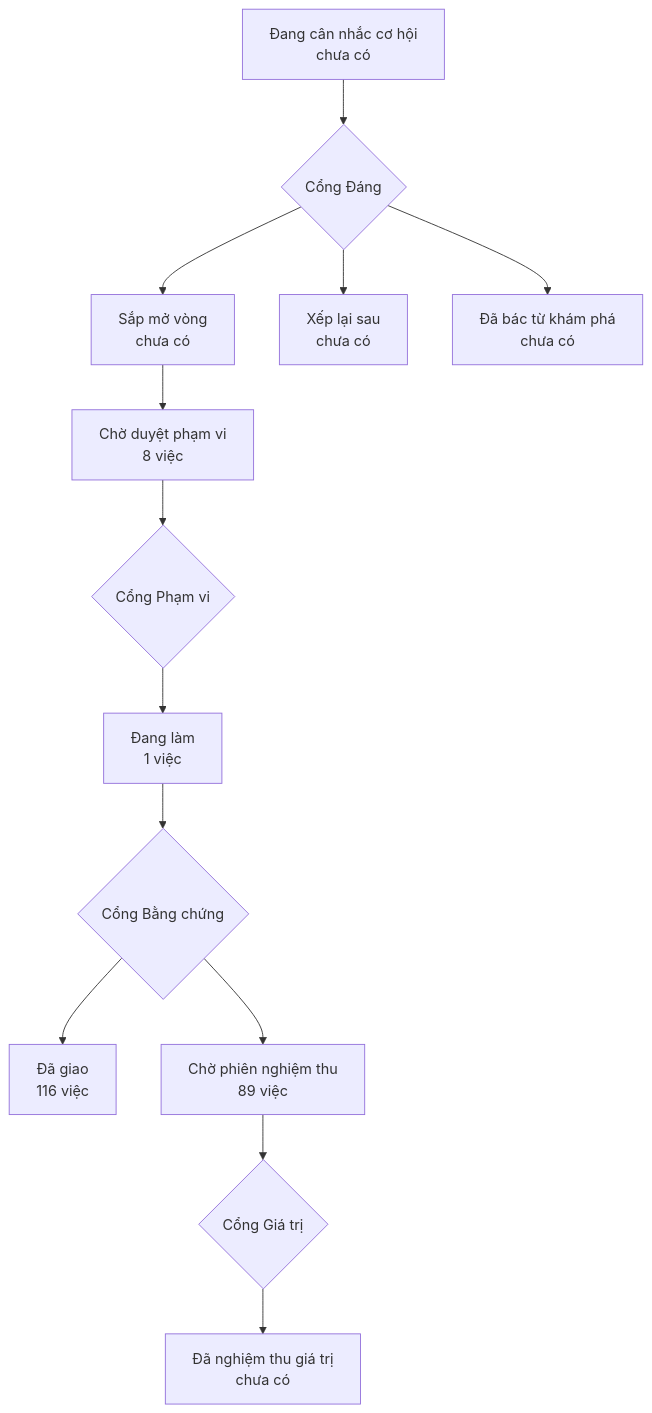
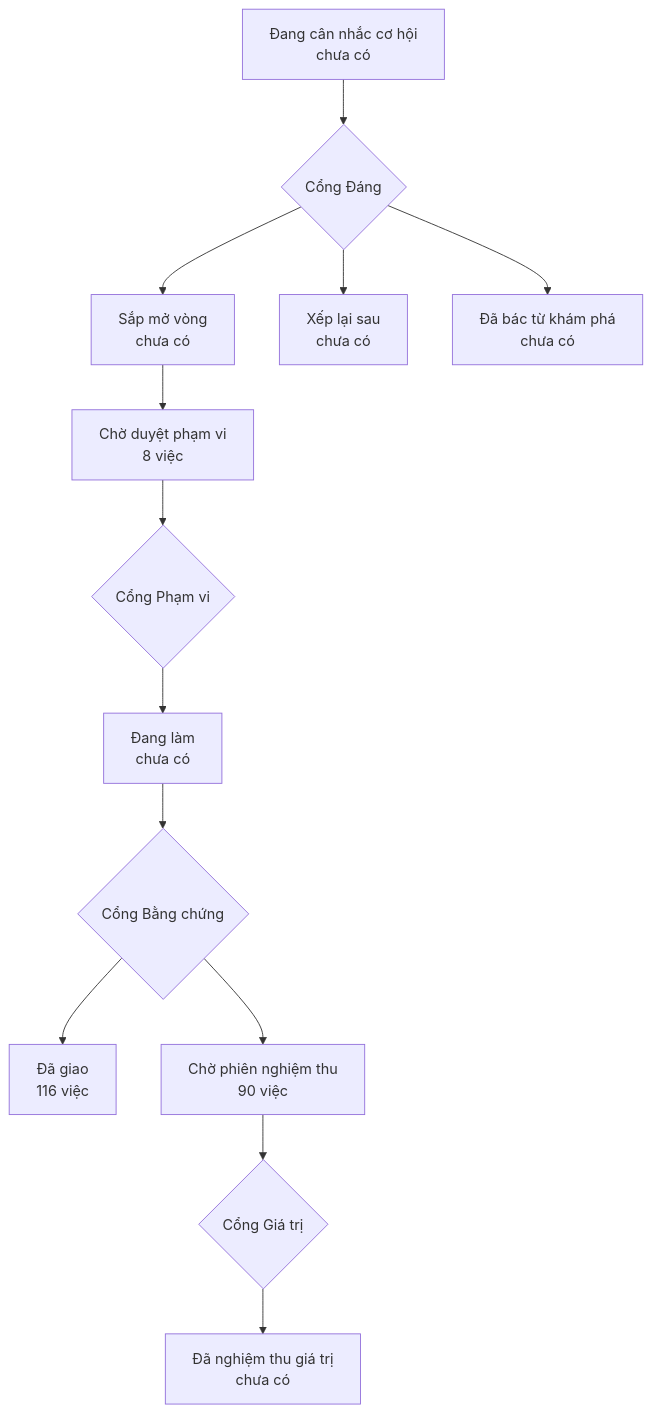
The diagram in PRODUCT-MAP.md (phanlemanh/onehub-invest), drawn with Mermaid before and after one commit. The commit also changed other lines of this file and 4 other files, not shown here.

````diff
--- a/PRODUCT-MAP.md
+++ b/PRODUCT-MAP.md
@@ -7,12 +7,12 @@
 ```mermaid
 flowchart TD
   A["Đang cân nhắc cơ hội<br/>chưa có"] --> GD{"Cổng Đáng"}
   GD --> B["Sắp mở vòng<br/>chưa có"]
   GD --> XL["Xếp lại sau<br/>chưa có"]
   GD --> DB["Đã bác từ khám phá<br/>chưa có"]
   B --> CD["Chờ duyệt phạm vi<br/>8 việc"] --> GP{"Cổng Phạm vi"}
-  GP --> DL["Đang làm<br/>1 việc"] --> GB{"Cổng Bằng chứng"}
+  GP --> DL["Đang làm<br/>chưa có"] --> GB{"Cổng Bằng chứng"}
   GB --> DG["Đã giao<br/>116 việc"]
-  GB --> CN["Chờ phiên nghiệm thu<br/>89 việc"] --> GG{"Cổng Giá trị"}
+  GB --> CN["Chờ phiên nghiệm thu<br/>90 việc"] --> GG{"Cổng Giá trị"}
   GG --> NT["Đã nghiệm thu giá trị<br/>chưa có"]
 ```
````
